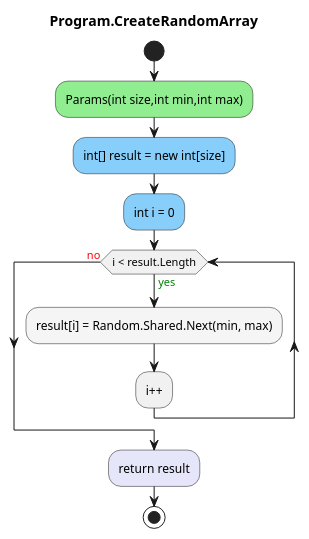
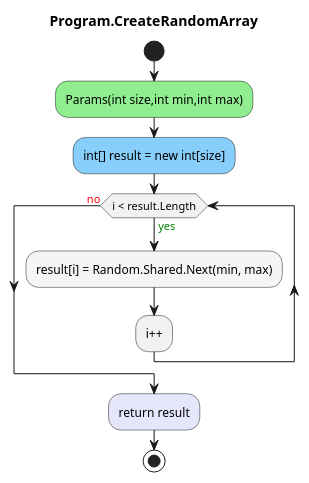
One commit to leoggehrer/2324-34_ABIF_ACIF_POSE changed the diagram in SortingAlgorithms.ConApp/diagrams/ac_Program_CreateRandomArray_2.puml. Above: the diagram before and after it, drawn with PlantUML. The commit also changed 13 other files, not shown here.

Commit message:
Generate sort diagrams.

```diff
--- a/SortingAlgorithms.ConApp/diagrams/ac_Program_CreateRandomArray_2.puml
+++ b/SortingAlgorithms.ConApp/diagrams/ac_Program_CreateRandomArray_2.puml
@@ -1,13 +1,12 @@
 @startuml Program.CreateRandomArray
 title Program.CreateRandomArray
 start
 #LightGreen:Params(int size,int min,int max);
 #LightSkyBlue:int[] result = new int[size];
-#LightSkyBlue:int i = 0;
 while (i < result.Length) is (<color:green>yes)
         #WhiteSmoke:result[i] = Random.Shared.Next(min, max);
 :i++;
 endwhile (<color:red>no)
 #Lavender:return result;
 stop
 @enduml
```
